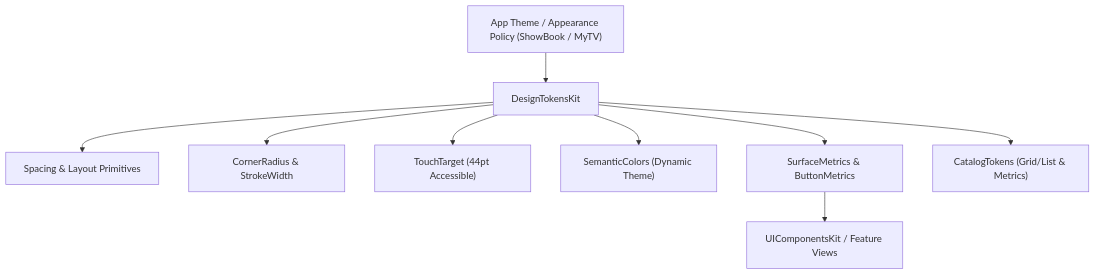
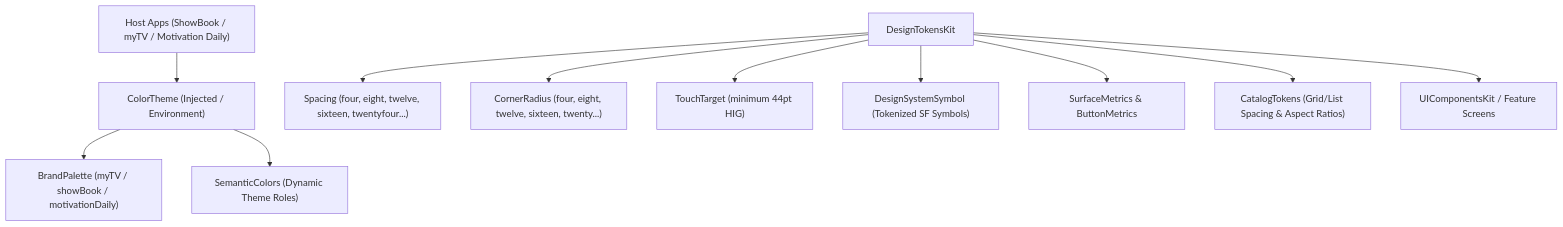
One commit to Anurag-Chourasia/DesignTokensKit changed the first of 2 diagrams in README.md. Above: the diagram before and after it, drawn with Mermaid. The commit also changed other lines of this file, not shown here.

Commit message:
IOS-85 | Overhaul DesignTokensKit README with architecture, API contracts, and ecosystem connectivity

````diff
--- a/README.md
+++ b/README.md
@@ -16,11 +29,13 @@
 ```mermaid
 flowchart TD
-    AppTheme["App Theme / Appearance Policy (ShowBook / MyTV)"] --> Tokens["DesignTokensKit"]
-    Tokens --> Spacing["Spacing & Layout Primitives"]
-    Tokens --> Geometry["CornerRadius & StrokeWidth"]
-    Tokens --> Accessibility["TouchTarget (44pt Accessible)"]
-    Tokens --> Semantic["SemanticColors (Dynamic Theme)"]
+    App["Host Apps (ShowBook / myTV / Motivation Daily)"] --> ColorTheme["ColorTheme (Injected / Environment)"]
+    ColorTheme --> BrandPalette["BrandPalette (myTV / showBook / motivationDaily)"]
+    ColorTheme --> Semantic["SemanticColors (Dynamic Theme Roles)"]
+    Tokens["DesignTokensKit"] --> Spacing["Spacing (four, eight, twelve, sixteen, twentyfour...)"]
+    Tokens --> CornerRadius["CornerRadius (four, eight, twelve, sixteen, twenty...)"]
+    Tokens --> TouchTarget["TouchTarget (minimum 44pt HIG)"]
+    Tokens --> Symbols["DesignSystemSymbol (Tokenized SF Symbols)"]
     Tokens --> Metrics["SurfaceMetrics & ButtonMetrics"]
-    Tokens --> Catalog["CatalogTokens (Grid/List & Metrics)"]
-    Metrics --> Consumer["UIComponentsKit / Feature Views"]
+    Tokens --> Catalog["CatalogTokens (Grid/List Spacing & Aspect Ratios)"]
+    Tokens --> Consumer["UIComponentsKit / Feature Screens"]
 ```
````
